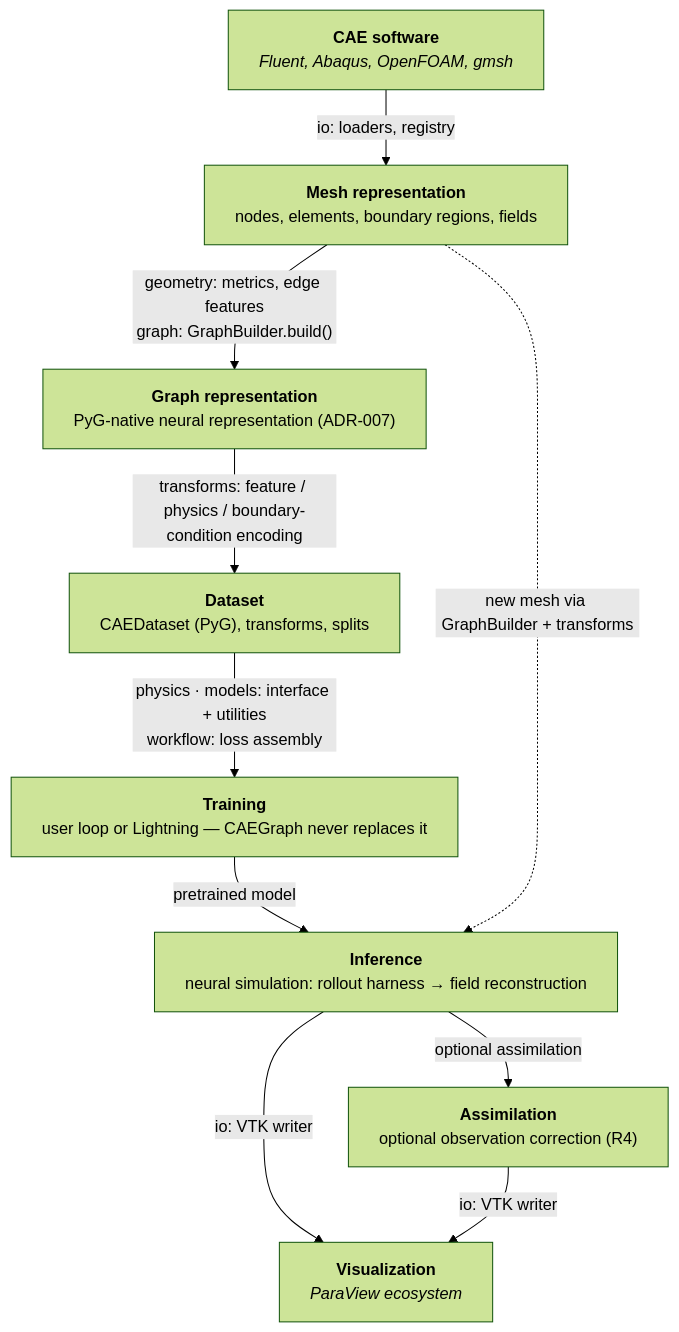
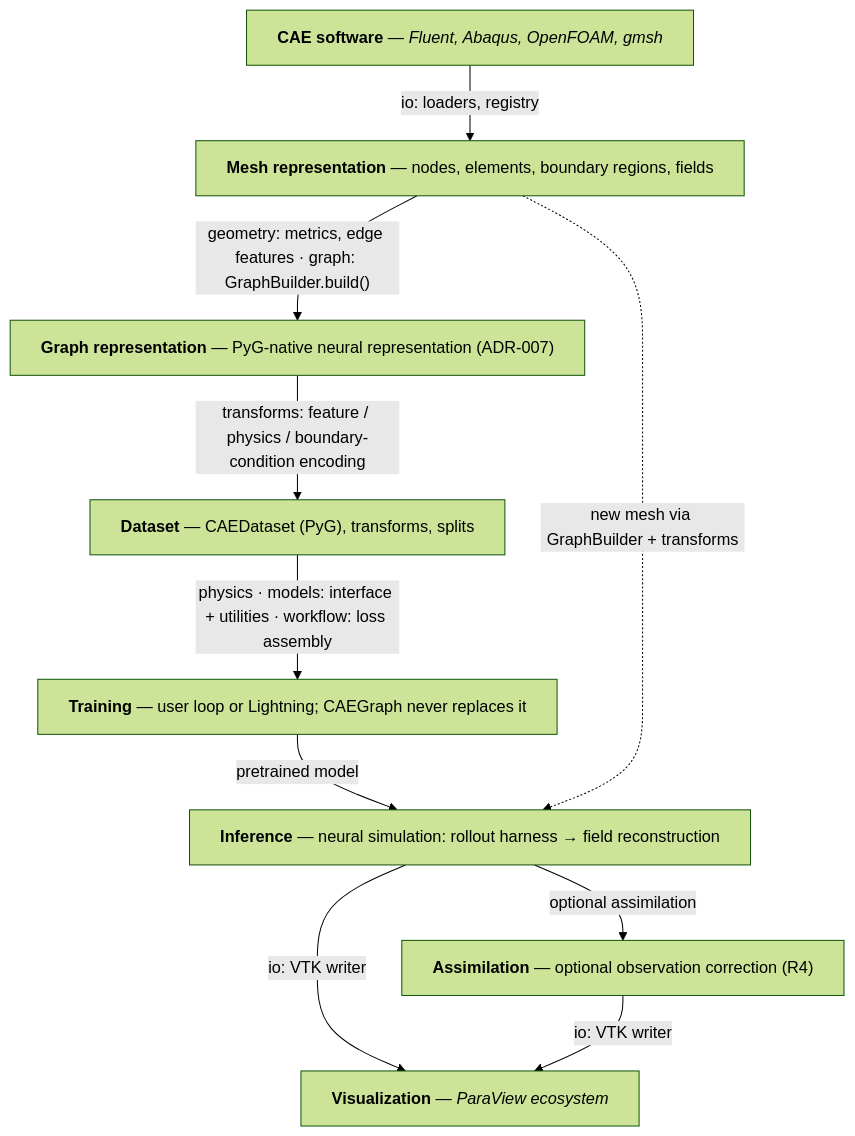
Before and after one commit to XYChouMian/caegraph: the first of 4 diagrams in architecture/ARCHITECTURE.md, drawn with Mermaid (forest theme). The commit also changed other lines of this file and 7 other files, not shown here.

Commit message:
docs(mermaid): compact vertical flow labels

````diff
--- a/architecture/ARCHITECTURE.md
+++ b/architecture/ARCHITECTURE.md
@@ -30,25 +30,25 @@
 ```mermaid
 flowchart TD
     classDef nowrap white-space:nowrap
 
-    A["<b>CAE software</b><br><i>Fluent, Abaqus, OpenFOAM, gmsh</i>"]
-    B["<b>Mesh representation</b><br>nodes, elements, boundary regions, fields"]
-    C["<b>Graph representation</b><br>PyG-native neural representation (ADR-007)"]
-    D["<b>Dataset</b><br>CAEDataset (PyG), transforms, splits"]
-    E["<b>Training</b><br>user loop or Lightning — CAEGraph never replaces it"]
-    F["<b>Inference</b><br>neural simulation: rollout harness → field reconstruction"]
-    G["<b>Assimilation</b><br>optional observation correction (R4)"]
-    H["<b>Visualization</b><br><i>ParaView ecosystem</i>"]
+    A["<b>CAE software</b> — <i>Fluent, Abaqus, OpenFOAM, gmsh</i>"]
+    B["<b>Mesh representation</b> — nodes, elements, boundary regions, fields"]
+    C["<b>Graph representation</b> — PyG-native neural representation (ADR-007)"]
+    D["<b>Dataset</b> — CAEDataset (PyG), transforms, splits"]
+    E["<b>Training</b> — user loop or Lightning; CAEGraph never replaces it"]
+    F["<b>Inference</b> — neural simulation: rollout harness → field reconstruction"]
+    G["<b>Assimilation</b> — optional observation correction (R4)"]
+    H["<b>Visualization</b> — <i>ParaView ecosystem</i>"]
 
     A -->|"io: loaders, registry"| B
-    B -->|"geometry: metrics, edge features<br>graph: GraphBuilder.build()"| C
+    B -->|"geometry: metrics, edge features · graph: GraphBuilder.build()"| C
     C -->|"transforms: feature / physics / boundary-condition encoding"| D
-    D -->|"physics · models: interface + utilities<br>workflow: loss assembly"| E
+    D -->|"physics · models: interface + utilities · workflow: loss assembly"| E
     E -->|"pretrained model"| F
     B -.->|"new mesh via GraphBuilder + transforms"| F
     F -->|"io: VTK writer"| H
     F -->|"optional assimilation"| G
     G -->|"io: VTK writer"| H
 
     class A,B,C,D,E,F,G,H nowrap
 ```
````
